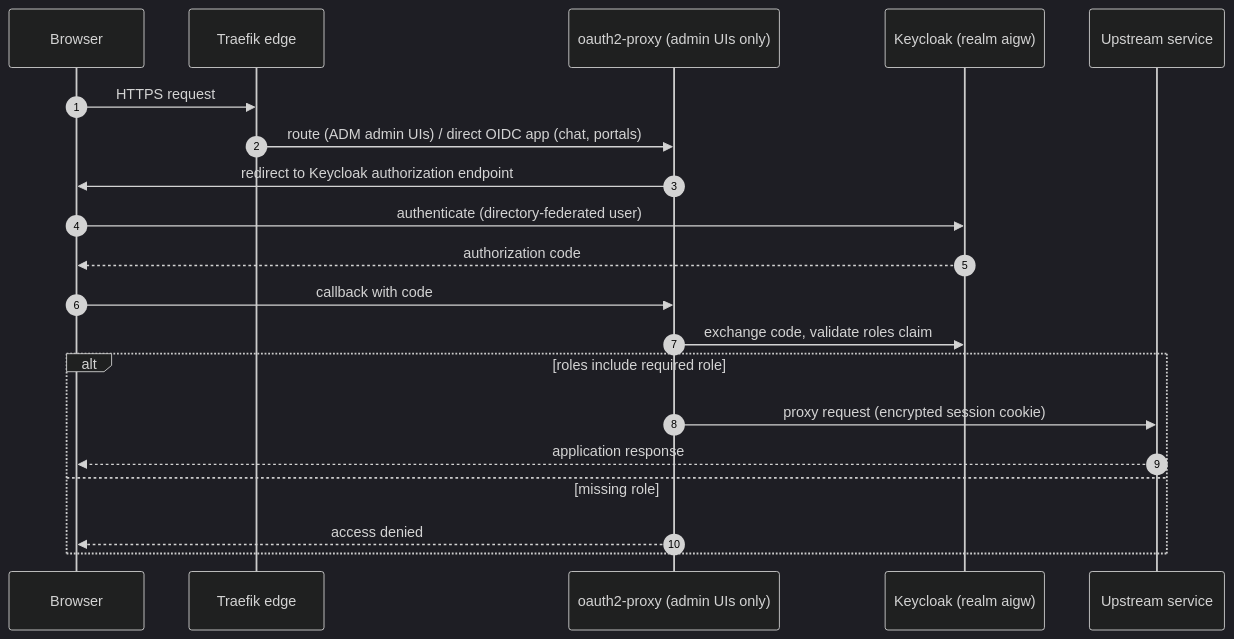
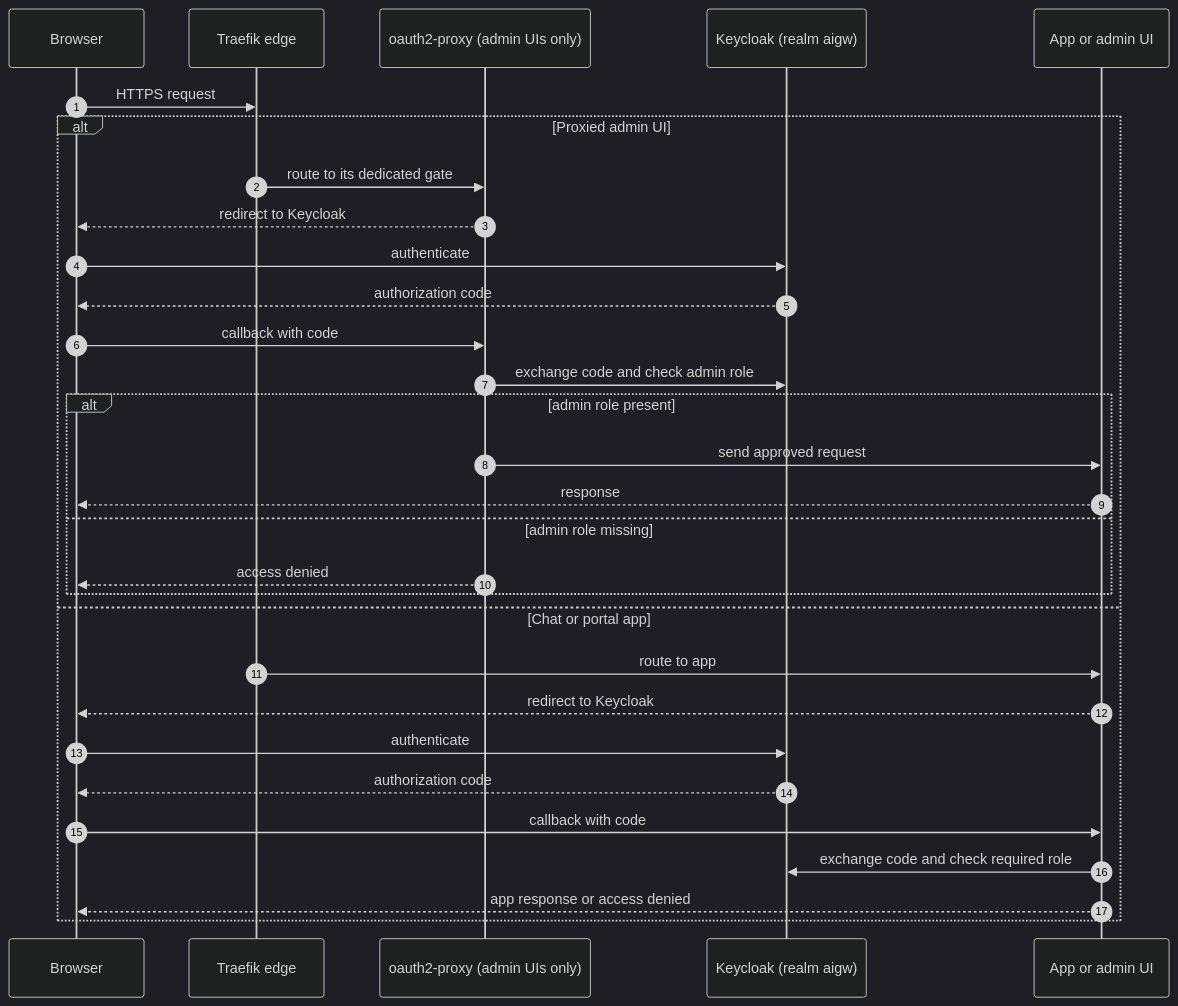
The fifth of 14 diagrams in docs/architecture-diagrams.md (derhornspieler/ai-gateway), drawn with Mermaid (dark theme) before and after one commit. The commit also changed other lines of this file, not shown here.

Commit message:
docs(diagrams): align all architecture flows

````diff
--- a/docs/architecture-diagrams.md
+++ b/docs/architecture-diagrams.md
@@ -187,23 +183,33 @@
 ```mermaid
 sequenceDiagram
   autonumber
   participant B as Browser
   participant T as Traefik edge
   participant P as oauth2-proxy (admin UIs only)
   participant K as Keycloak (realm aigw)
-  participant S as Upstream service
+  participant S as App or admin UI
 
   B->>T: HTTPS request
-  T->>P: route (ADM admin UIs) / direct OIDC app (chat, portals)
-  P->>B: redirect to Keycloak authorization endpoint
-  B->>K: authenticate (directory-federated user)
-  K-->>B: authorization code
-  B->>P: callback with code
-  P->>K: exchange code, validate roles claim
-  alt roles include required role
-    P->>S: proxy request (encrypted session cookie)
-    S-->>B: application response
-  else missing role
-    P-->>B: access denied
+  alt Proxied admin UI
+    T->>P: route to its dedicated gate
+    P-->>B: redirect to Keycloak
+    B->>K: authenticate
+    K-->>B: authorization code
+    B->>P: callback with code
+    P->>K: exchange code and check admin role
+    alt admin role present
+      P->>S: send approved request
+      S-->>B: response
+    else admin role missing
+      P-->>B: access denied
+    end
+  else Chat or portal app
+    T->>S: route to app
+    S-->>B: redirect to Keycloak
+    B->>K: authenticate
+    K-->>B: authorization code
+    B->>S: callback with code
+    S->>K: exchange code and check required role
+    S-->>B: app response or access denied
   end
 ```
````
